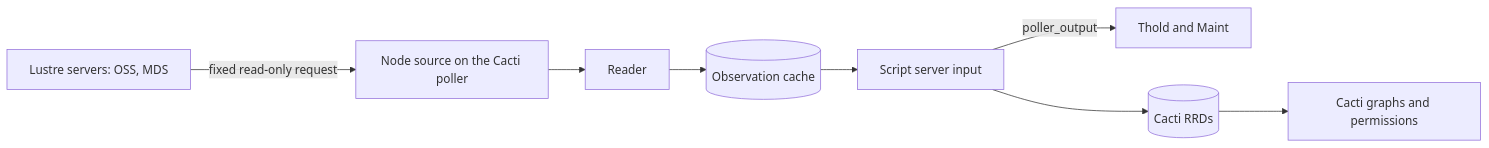
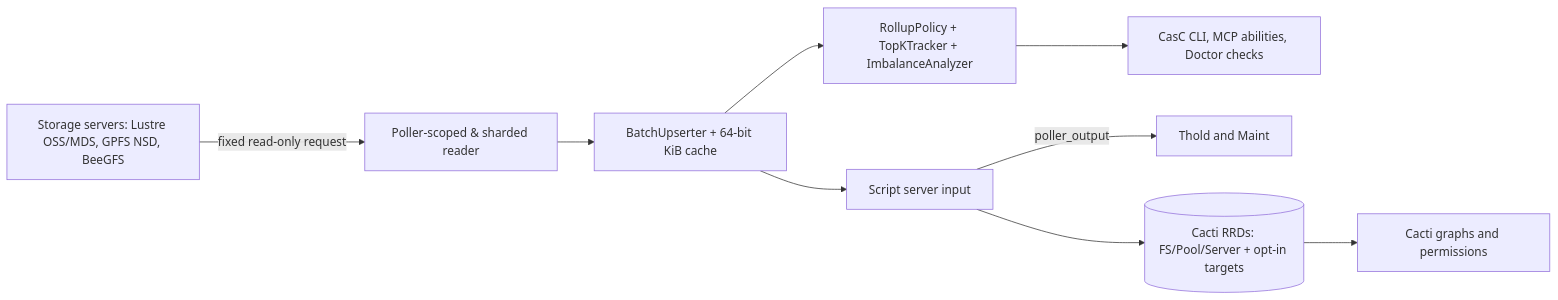
Before and after one commit to somethingwithproof/plugin_pfs: the diagram in README.md, drawn with Mermaid. The commit also changed other lines of this file and 48 other files, not shown here.

Commit message:
docs: update README for GPFS, BeeGFS, exascale scaling, CasC CLI, and ecosystem hooks

````diff
--- a/README.md
+++ b/README.md
@@ -72,10 +80,11 @@
 ```mermaid
 flowchart LR
-    N[Lustre servers: OSS, MDS] -->|fixed read-only request| S[Node source on the Cacti poller]
-    S --> R[Reader]
-    R --> C[(Observation cache)]
-    C --> SS[Script server input]
+    N[Storage servers: Lustre OSS/MDS, GPFS NSD, BeeGFS] -->|fixed read-only request| S[Poller-scoped & sharded reader]
+    S --> B[BatchUpserter + 64-bit KiB cache]
+    B --> R[RollupPolicy + TopKTracker + ImbalanceAnalyzer]
+    B --> SS[Script server input]
+    R --> ECO[CasC CLI, MCP abilities, Doctor checks]
     SS -->|poller_output| T[Thold and Maint]
-    SS --> RRD[(Cacti RRDs)]
+    SS --> RRD[(Cacti RRDs: FS/Pool/Server + opt-in targets)]
     RRD --> G[Cacti graphs and permissions]
 ```
````
